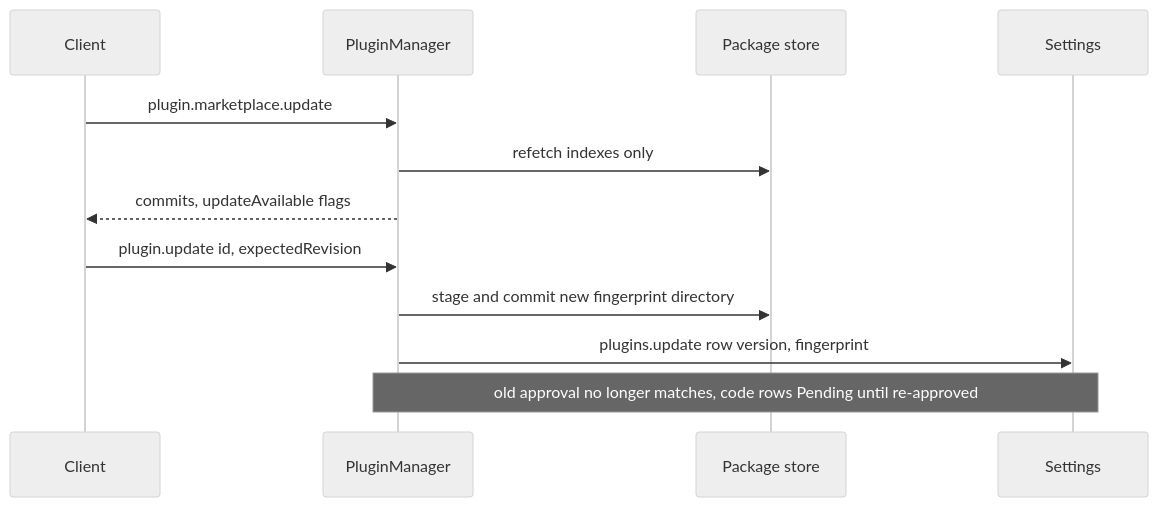
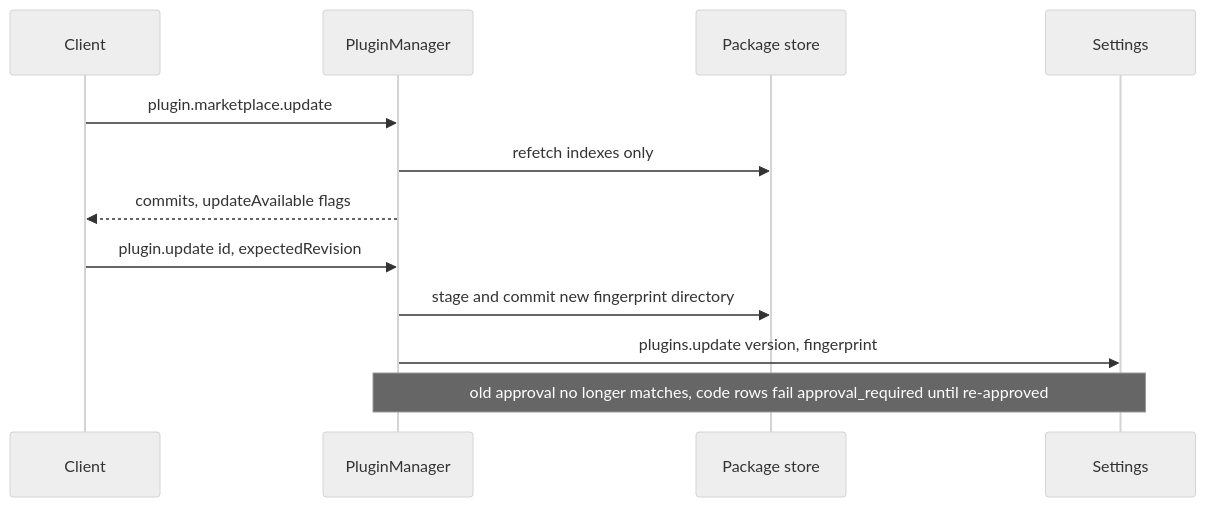
Before and after one commit to CoutinhoTTS/dim-agent: the fifth of 6 diagrams in docs/design/plugins/PluginManager.md, drawn with Mermaid (neutral theme). The commit also changed other lines of this file and 2 other files, not shown here.

````diff
--- a/docs/design/plugins/PluginManager.md
+++ b/docs/design/plugins/PluginManager.md
@@ -135,14 +119,14 @@
 ```mermaid
 sequenceDiagram
   participant C as Client
   participant PM as PluginManager
   participant PS as Package store
   participant S as Settings
   C->>PM: plugin.marketplace.update
   PM->>PS: refetch indexes only
   PM-->>C: commits, updateAvailable flags
   C->>PM: plugin.update id, expectedRevision
   PM->>PS: stage and commit new fingerprint directory
-  PM->>S: plugins.update row version, fingerprint
-  Note over PM,S: old approval no longer matches, code rows Pending until re-approved
+  PM->>S: plugins.update version, fingerprint
+  Note over PM,S: old approval no longer matches, code rows fail approval_required until re-approved
 ```
````
